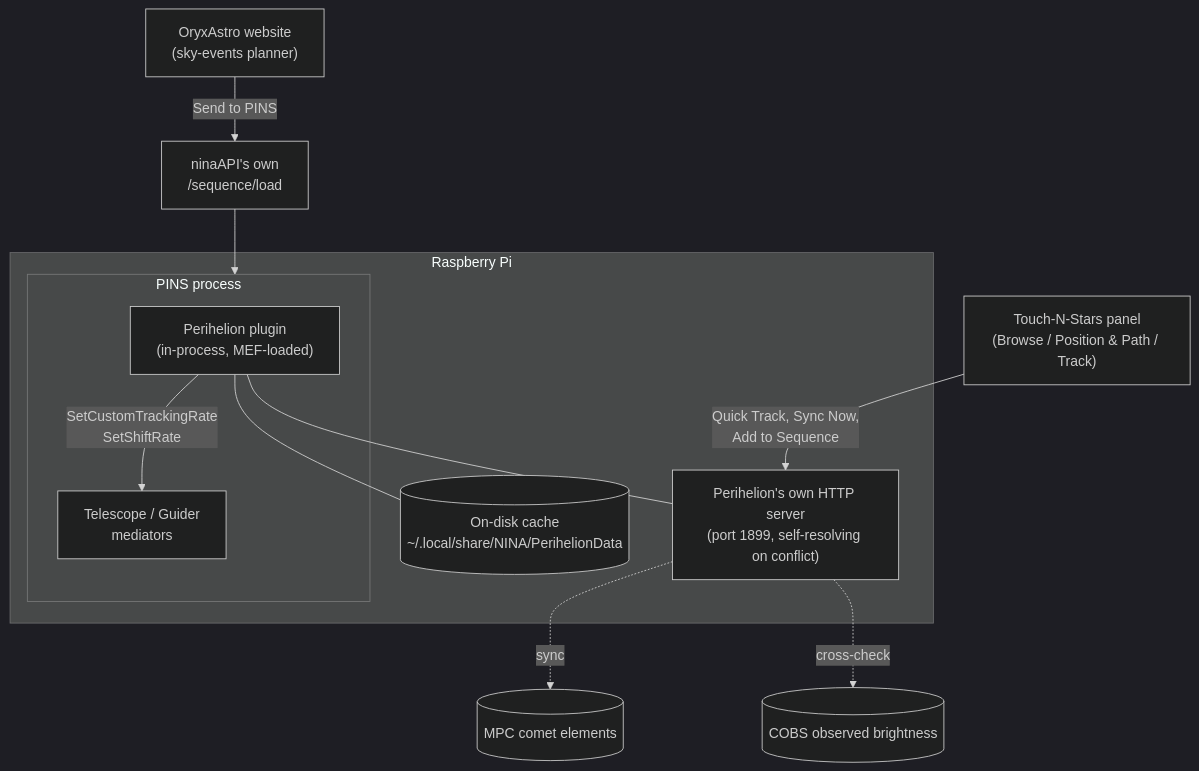
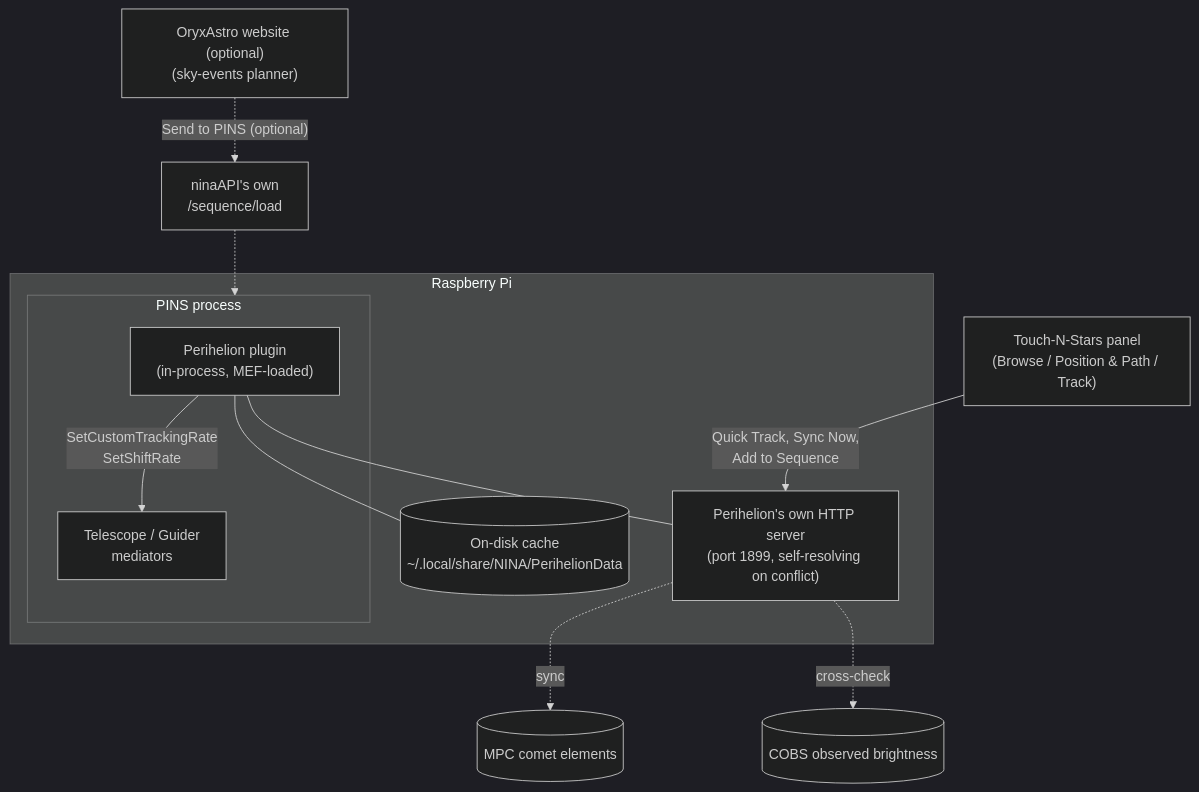
Before and after one commit to OryxAstro/perihelion: the diagram in README.md, drawn with Mermaid (dark theme). The commit also changed other lines of this file, not shown here.

Commit message:
Make clear the website integration is optional, not a dependency
The architecture diagram had the OryxAstro website sitting visually
upstream of the PINS process, using the same solid-line style as
every other (required) connection -- easy to misread as "this needs
the website to work." Switched those two edges to the same dotted
style already used elsewhere in this exact diagram for genuinely
optional paths (the MPC sync / COBS cross-check), labeled both the
node and the edge "(optional)", and reworded the prose paragraph
above it to lead with "Perihelion is a complete, standalone PINS
plugin on its own" before ever mentioning the website.

````diff
--- a/README.md
+++ b/README.md
@@ -48,27 +48,27 @@
 ```mermaid
 flowchart TB
     subgraph pi["Raspberry Pi"]
         subgraph nina["PINS process"]
             plugin["Perihelion plugin<br/>(in-process, MEF-loaded)"]
             mediator["Telescope / Guider<br/>mediators"]
             plugin -->|SetCustomTrackingRate<br/>SetShiftRate| mediator
         end
         api["Perihelion's own HTTP server<br/>(port 1899, self-resolving on conflict)"]
         cache[("On-disk cache<br/>~/.local/share/NINA/PerihelionData")]
         plugin --- api
         plugin --- cache
     end
 
     tns["Touch-N-Stars panel<br/>(Browse / Position & Path / Track)"]
     tns -->|Quick Track, Sync Now,<br/>Add to Sequence| api
 
     mpc[("MPC comet elements")]
     cobs[("COBS observed brightness")]
     api -.sync.-> mpc
     api -.cross-check.-> cobs
 
-    website["OryxAstro website<br/>(sky-events planner)"]
+    website["OryxAstro website (optional)<br/>(sky-events planner)"]
     ninaapi["ninaAPI's own<br/>/sequence/load"]
-    website -->|Send to PINS| ninaapi
-    ninaapi --> nina
+    website -.->|"Send to PINS (optional)"| ninaapi
+    ninaapi -.-> nina
 ```
````
